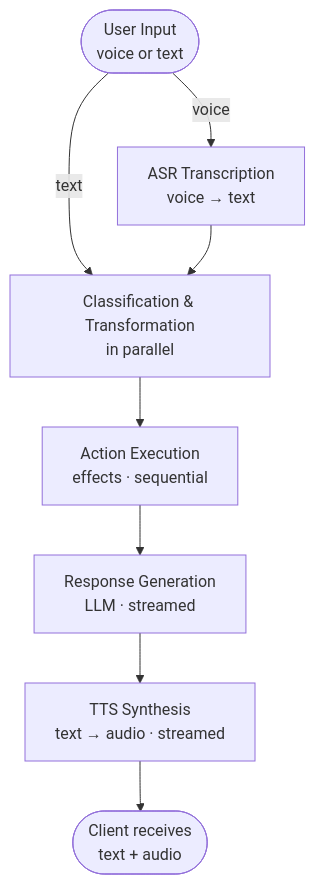
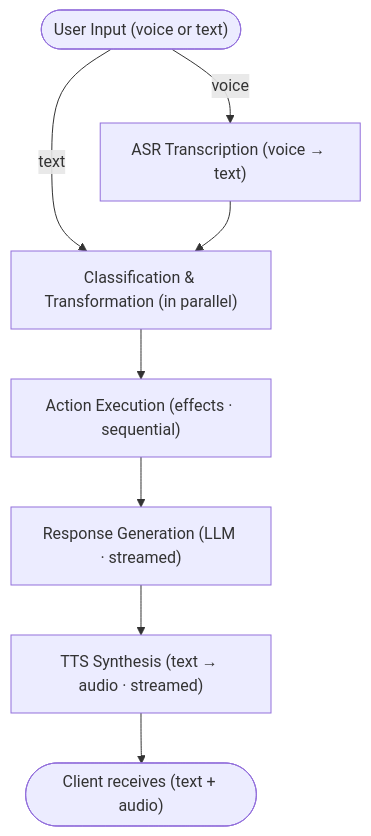
Before and after one commit to utter-one/bonsai: the second of 2 diagrams in docs/guide/concepts.md, drawn with Mermaid. The commit also changed other lines of this file and 5 other files, not shown here.

Commit message:
feat(docs): update diagrams in documentation for clarity and consistency

````diff
--- a/docs/guide/concepts.md
+++ b/docs/guide/concepts.md
@@ -60,10 +52,10 @@
 ```mermaid
 flowchart TD
-    A(["User Input<br>voice or text"]) -->|voice| B["ASR Transcription<br>voice → text"]
+    A(["User Input (voice or text)"]) -->|voice| B["ASR Transcription (voice → text)"]
     A -->|text| C
-    B --> C["Classification & Transformation<br>in parallel"]
-    C --> D["Action Execution<br>effects · sequential"]
-    D --> E["Response Generation<br>LLM · streamed"]
-    E --> F["TTS Synthesis<br>text → audio · streamed"]
-    F --> G(["Client receives<br>text + audio"])
+    B --> C["Classification & Transformation (in parallel)"]
+    C --> D["Action Execution (effects · sequential)"]
+    D --> E["Response Generation (LLM · streamed)"]
+    E --> F["TTS Synthesis (text → audio · streamed)"]
+    F --> G(["Client receives (text + audio)"])
 ```
````
